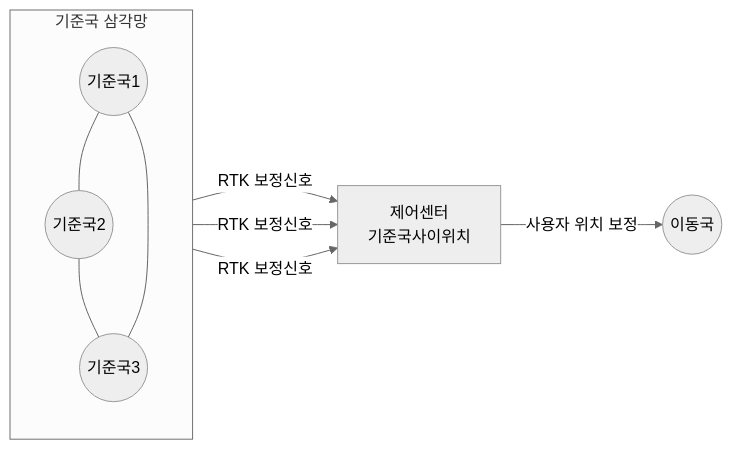
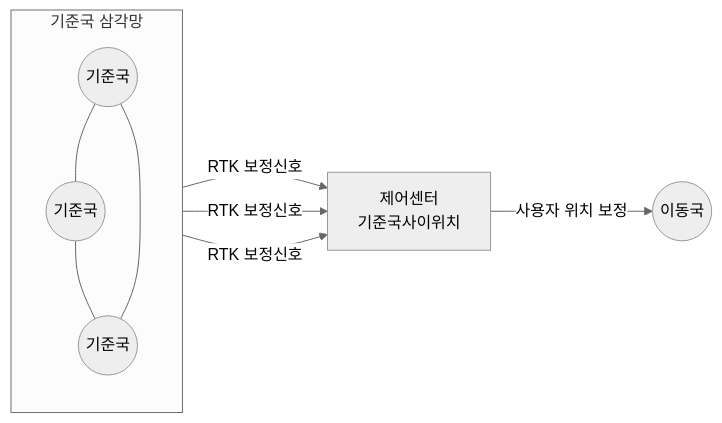
One commit to gracefullight/gracefullight.github.io changed the diagram in blog/pe/nw/network-realtime-kinematic.md. Above: the diagram before and after it, drawn with Mermaid (neutral theme).

Commit message:
docs: 📚️ typo

````diff
--- a/blog/pe/nw/network-realtime-kinematic.md
+++ b/blog/pe/nw/network-realtime-kinematic.md
@@ -20,17 +20,17 @@
 ```mermaid
 graph LR
     %% 기준국 3개를 링 형태로 묶어 표현
     subgraph "기준국 삼각망"
     direction TB
-    기준국1((기준국1)) --- 기준국2((기준국2)) --- 기준국3((기준국3)) --- 기준국1
+    기준국1((기준국)) --- 기준국2((기준국)) --- 기준국3((기준국)) --- 기준국1
     end
 
     제어센터[제어센터<br/>기준국사이위치]
     이동국((이동국))
 
     기준국1 -->|RTK 보정신호| 제어센터
     기준국2 -->|RTK 보정신호| 제어센터
     기준국3 -->|RTK 보정신호| 제어센터
     
     제어센터 -->|사용자 위치 보정| 이동국
 ```
````
